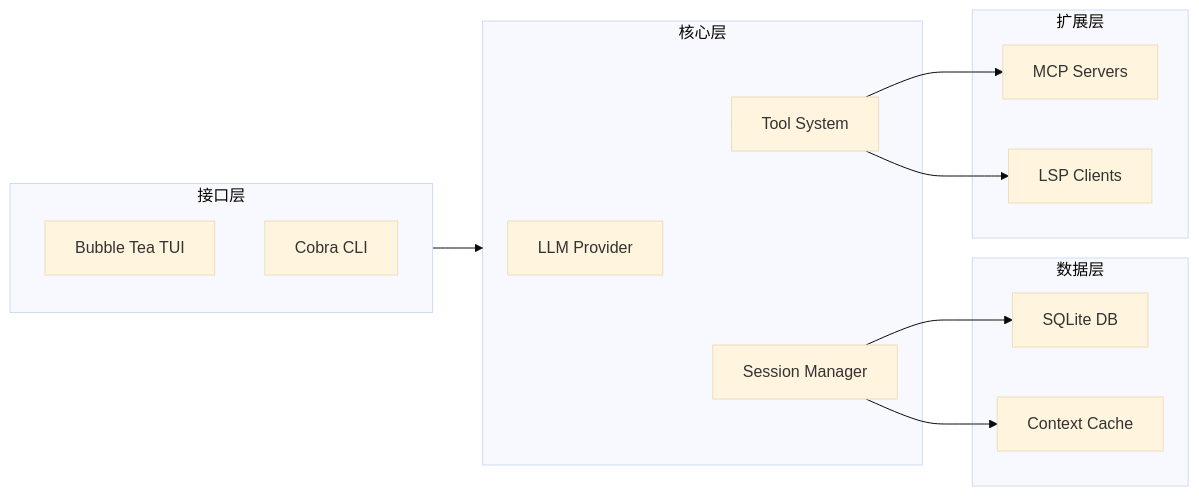
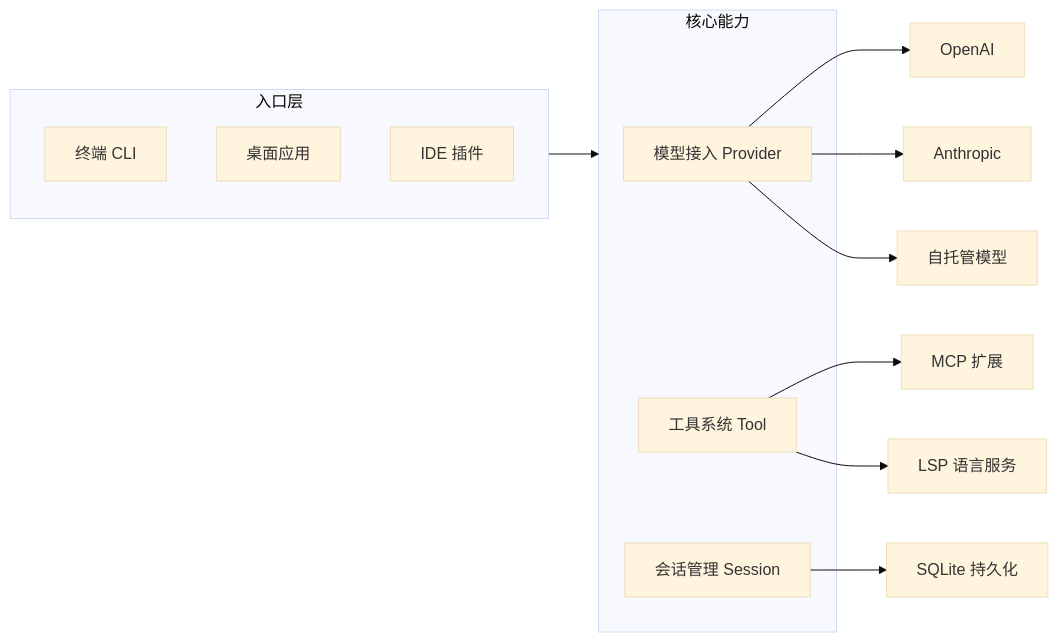
Before and after one commit to Shyu-x/frontend-interview: the second of 13 diagrams in docs/agent/case-studies/opencode-analysis.md, drawn with Mermaid (base theme). The commit also changed other lines of this file and 58 other files, not shown here.

````diff
--- a/docs/agent/case-studies/opencode-analysis.md
+++ b/docs/agent/case-studies/opencode-analysis.md
@@ -53,28 +49,20 @@
 ```mermaid
 flowchart LR
-    subgraph Core["核心层"]
-        LLM["LLM Provider"]
-        TOOL["Tool System"]
-        SESSION["Session Manager"]
+    subgraph Entry["入口层"]
+        CLI["终端 CLI"]
+        Desktop["桌面应用"]
+        IDE["IDE 插件"]
     end
-    subgraph Interface["接口层"]
-        TUI["Bubble Tea TUI"]
-        CLI["Cobra CLI"]
+    subgraph Core["核心能力"]
+        LLM["模型接入 Provider"]
+        TOOL["工具系统 Tool"]
+        SESS["会话管理 Session"]
     end
-    subgraph Data["数据层"]
-        DB["SQLite DB"]
-        CACHE["Context Cache"]
-    end
-    subgraph Extension["扩展层"]
-        MCP["MCP Servers"]
-        LSP["LSP Clients"]
-    end
-    
-    Interface --> Core
-    Core --> TOOL
-    Core --> SESSION
-    SESSION --> DB
-    SESSION --> CACHE
-    TOOL --> MCP
-    TOOL --> LSP
+    Entry --> Core
+    LLM --> P1["OpenAI"]
+    LLM --> P2["Anthropic"]
+    LLM --> P3["自托管模型"]
+    TOOL --> MCPX["MCP 扩展"]
+    TOOL --> LSPX["LSP 语言服务"]
+    SESS --> DBX["SQLite 持久化"]
 ```
````
